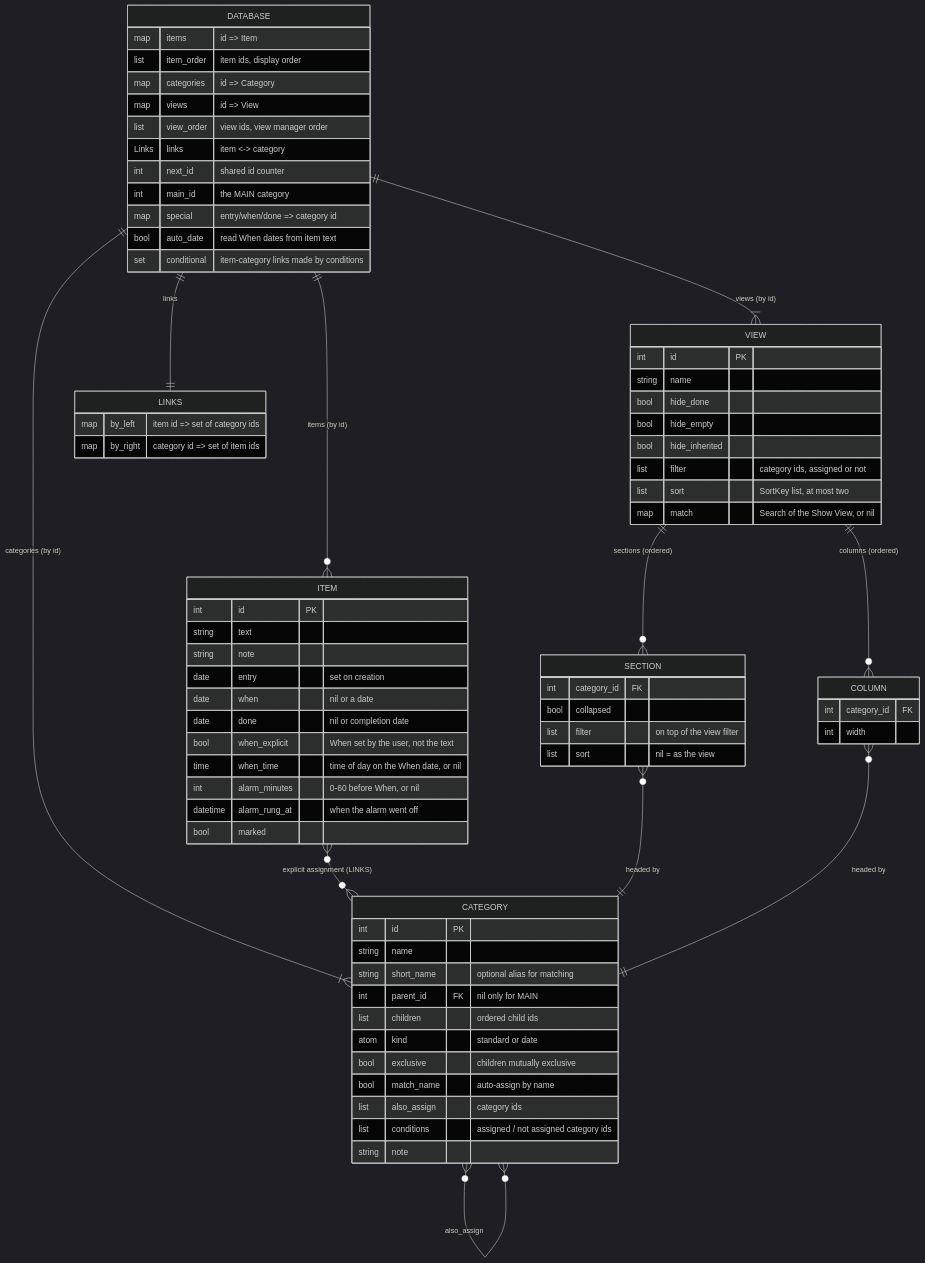
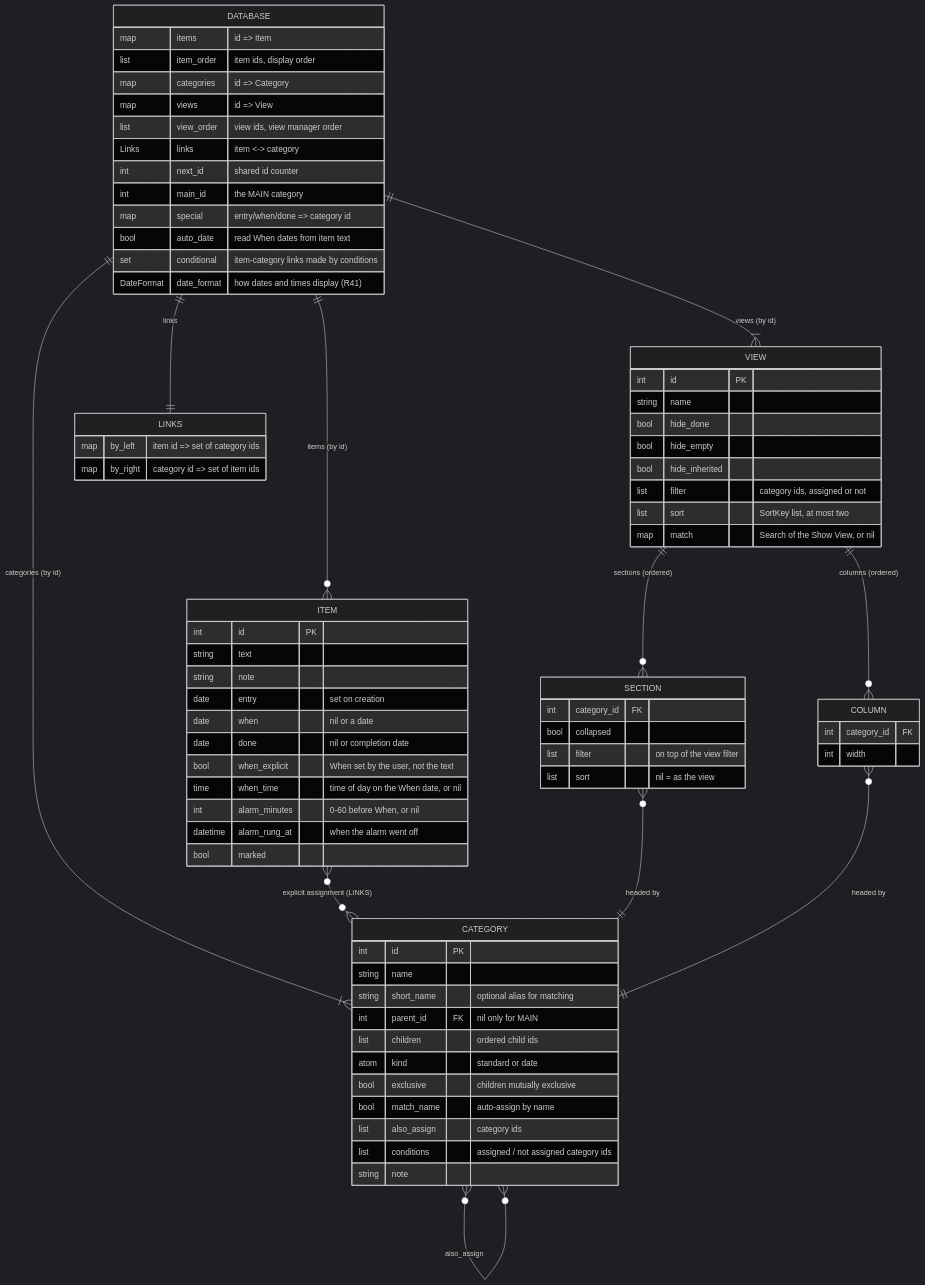
The first of 6 diagrams in docs/DATA_MODEL.md (jamting/agendum), drawn with Mermaid (dark theme) before and after one commit. The commit also changed other lines of this file and 18 other files, not shown here.

First line of the commit message:
Add a date display format setting (R41)

````diff
--- a/docs/DATA_MODEL.md
+++ b/docs/DATA_MODEL.md
@@ -12,78 +12,79 @@
 ```mermaid
 erDiagram
     DATABASE ||--o{ ITEM : "items (by id)"
     DATABASE ||--|{ CATEGORY : "categories (by id)"
     DATABASE ||--|{ VIEW : "views (by id)"
     DATABASE ||--|| LINKS : "links"
     CATEGORY ||--o{ CATEGORY : "children (ordered)"
     ITEM }o--o{ CATEGORY : "explicit assignment (LINKS)"
     CATEGORY }o--o{ CATEGORY : "also_assign"
     VIEW ||--o{ SECTION : "sections (ordered)"
     VIEW ||--o{ COLUMN : "columns (ordered)"
     SECTION }o--|| CATEGORY : "headed by"
     COLUMN }o--|| CATEGORY : "headed by"
 
     DATABASE {
         map items "id => Item"
         list item_order "item ids, display order"
         map categories "id => Category"
         map views "id => View"
         list view_order "view ids, view manager order"
         Links links "item <-> category"
         int next_id "shared id counter"
         int main_id "the MAIN category"
         map special "entry/when/done => category id"
         bool auto_date "read When dates from item text"
         set conditional "item-category links made by conditions"
+        DateFormat date_format "how dates and times display (R41)"
     }
     ITEM {
         int id PK
         string text
         string note
         date entry "set on creation"
         date when "nil or a date"
         date done "nil or completion date"
         bool when_explicit "When set by the user, not the text"
         time when_time "time of day on the When date, or nil"
         int alarm_minutes "0-60 before When, or nil"
         datetime alarm_rung_at "when the alarm went off"
         bool marked
     }
     CATEGORY {
         int id PK
         string name
         string short_name "optional alias for matching"
         int parent_id FK "nil only for MAIN"
         list children "ordered child ids"
         atom kind "standard or date"
         bool exclusive "children mutually exclusive"
         bool match_name "auto-assign by name"
         list also_assign "category ids"
         list conditions "assigned / not assigned category ids"
         string note
     }
     VIEW {
         int id PK
         string name
         bool hide_done
         bool hide_empty
         bool hide_inherited
         list filter "category ids, assigned or not"
         list sort "SortKey list, at most two"
         map match "Search of the Show View, or nil"
     }
     SECTION {
         int category_id FK
         bool collapsed
         list filter "on top of the view filter"
         list sort "nil = as the view"
     }
     COLUMN {
         int category_id FK
         int width
     }
     LINKS {
         map by_left "item id => set of category ids"
         map by_right "category id => set of item ids"
     }
 ```
````
